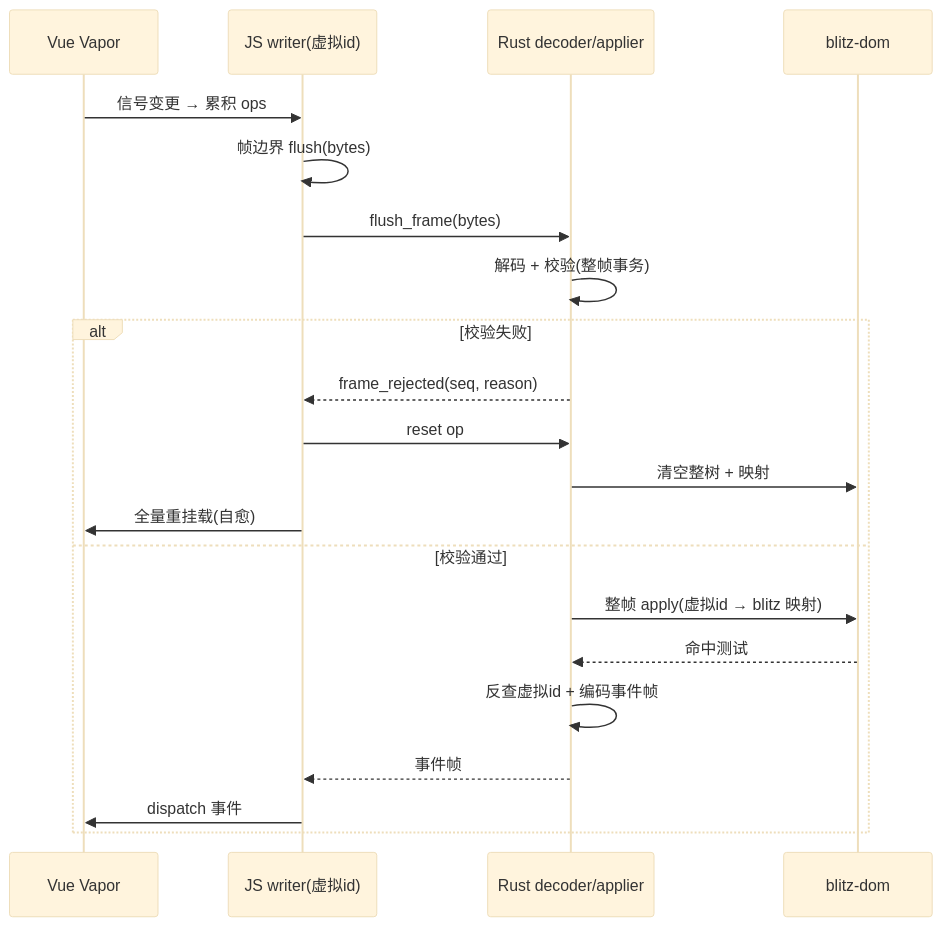
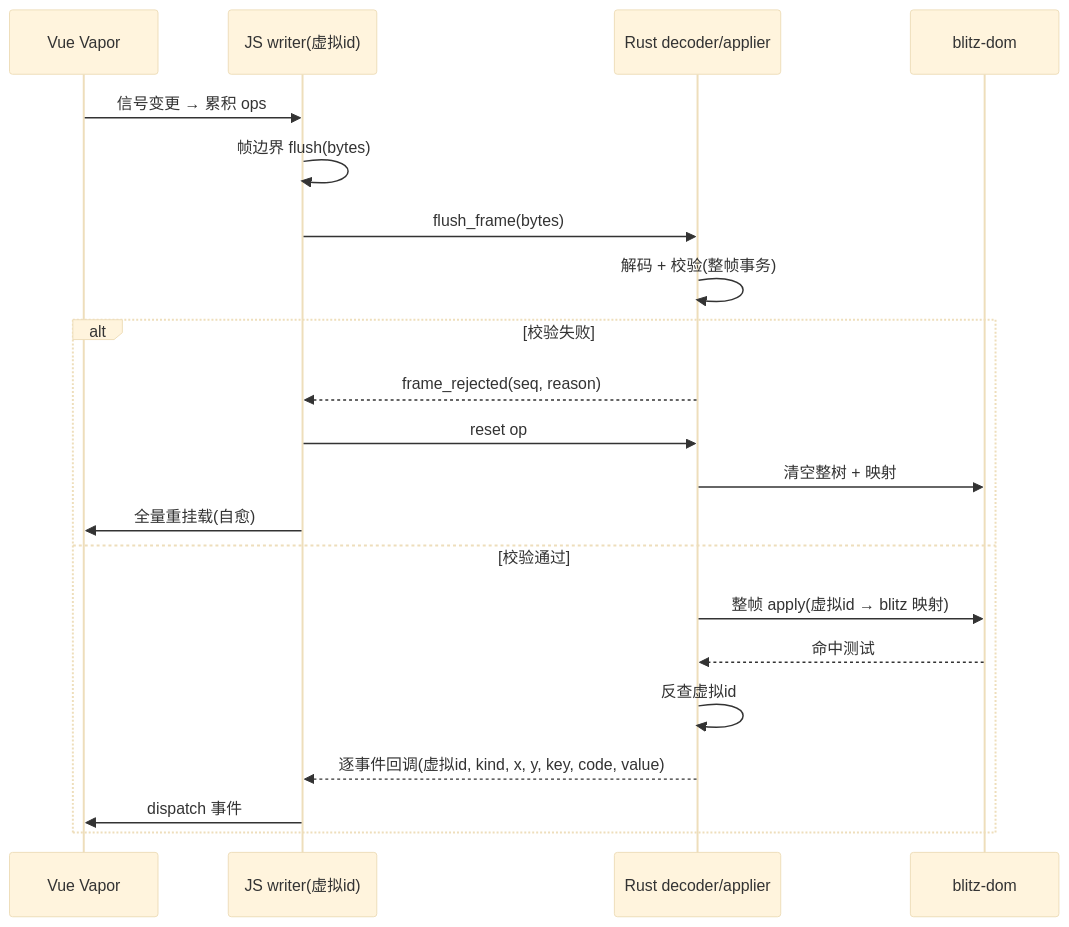
Before and after one commit to WaiSiuKei/naivi: the third of 4 diagrams in docs/plans/2026-08-12-074-feat-ts-sot-binary-frame-plan.md, drawn with Mermaid (base theme). The commit also changed other lines of this file and 2 other files, not shown here.

````diff
--- a/docs/plans/2026-08-12-074-feat-ts-sot-binary-frame-plan.md
+++ b/docs/plans/2026-08-12-074-feat-ts-sot-binary-frame-plan.md
@@ -191,23 +192,23 @@
 ```mermaid
 sequenceDiagram
   participant V as Vue Vapor
   participant W as JS writer(虚拟id)
   participant R as Rust decoder/applier
   participant D as blitz-dom
   V->>W: 信号变更 → 累积 ops
   W->>W: 帧边界 flush(bytes)
   W->>R: flush_frame(bytes)
   R->>R: 解码 + 校验(整帧事务)
   alt 校验失败
     R-->>W: frame_rejected(seq, reason)
     W->>R: reset op
     R->>D: 清空整树 + 映射
     W->>V: 全量重挂载(自愈)
   else 校验通过
     R->>D: 整帧 apply(虚拟id → blitz 映射)
     D-->>R: 命中测试
-    R->>R: 反查虚拟id + 编码事件帧
-    R-->>W: 事件帧
+    R->>R: 反查虚拟id
+    R-->>W: 逐事件回调(虚拟id, kind, x, y, key, code, value)
     W->>V: dispatch 事件
   end
 ```
````
